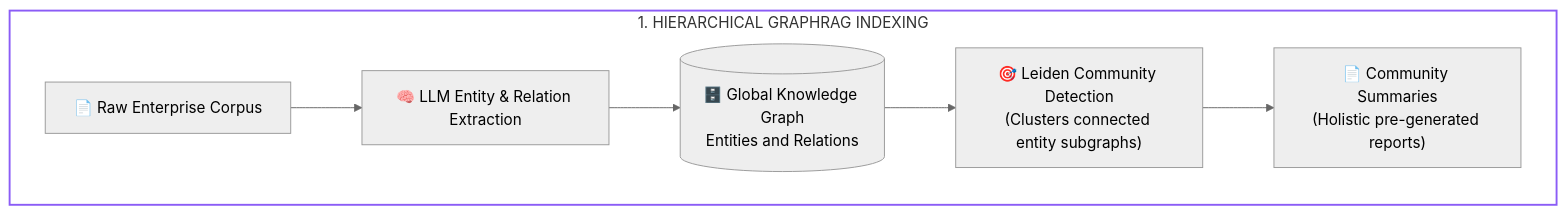
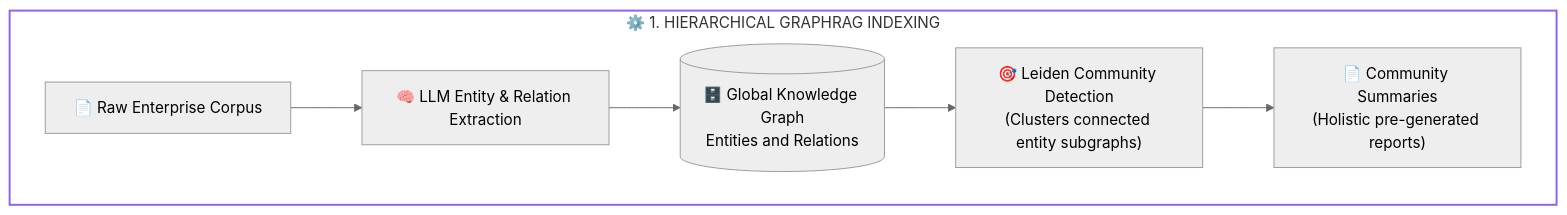
The second of 4 diagrams in 02-rag-and-knowledge-systems/06-graphrag-and-entity-traversal.md (dip4k/senior-engineer-to-ai-engineer-roadmap), drawn with Mermaid (neutral theme) before and after one commit. The commit also changed other lines of this file and 94 other files, not shown here.

Commit message:
refactor(curriculum): complete Phase 04 upgrade and enforce diagram renderer invariants

````diff
--- a/02-rag-and-knowledge-systems/06-graphrag-and-entity-traversal.md
+++ b/02-rag-and-knowledge-systems/06-graphrag-and-entity-traversal.md
@@ -82,10 +84,10 @@
 ```mermaid
 flowchart TD
-    subgraph Ingestion["1. HIERARCHICAL GRAPHRAG INDEXING"]
+    subgraph Ingestion["⚙️ 1. HIERARCHICAL GRAPHRAG INDEXING"]
         Docs["📄 Raw Enterprise Corpus"] --> Extract["🧠 LLM Entity & Relation Extraction"]
         Extract --> Graph[("🗄️ Global Knowledge Graph<br>Entities and Relations")]
         Graph --> Leiden["🎯 Leiden Community Detection<br>(Clusters connected entity subgraphs)"]
         Leiden --> Summarize["📄 Community Summaries<br>(Holistic pre-generated reports)"]
     end
     style Ingestion fill:none,stroke:#8b5cf6,stroke-width:2px;
 ```
````
